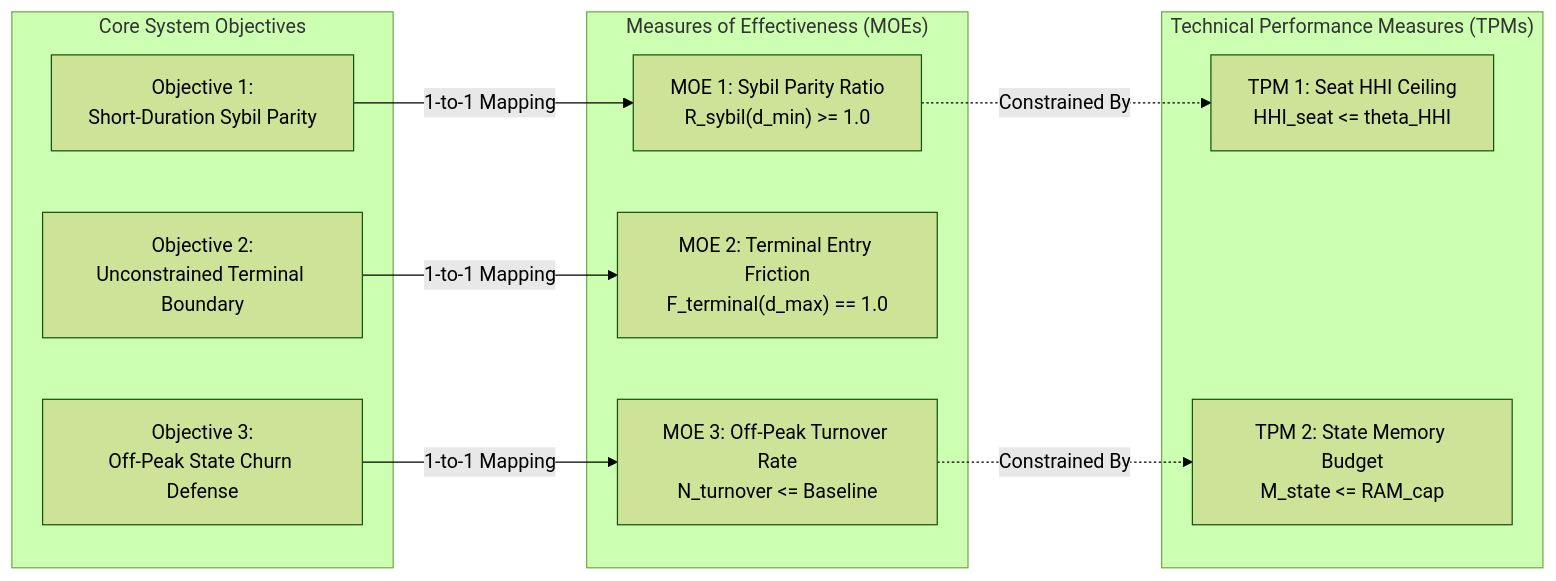
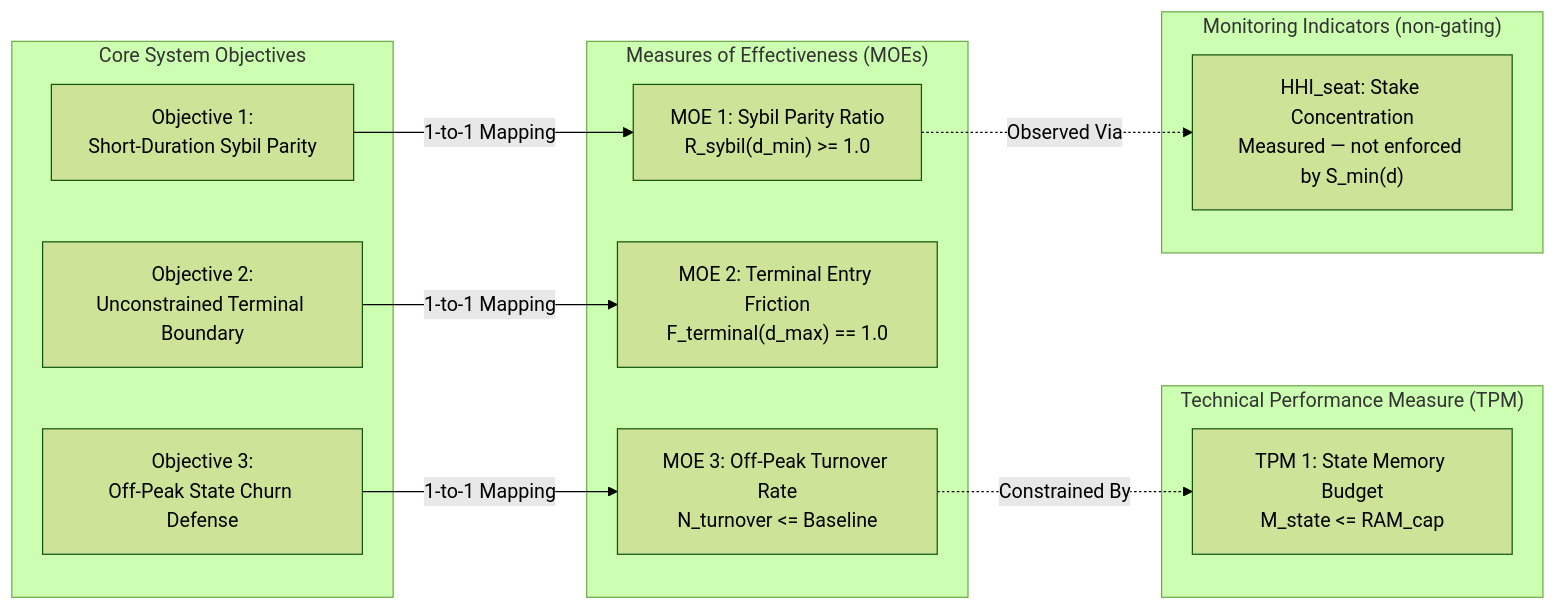
Before and after one commit to bonding-curves/avalanche-phase-ii-research: the diagram in docs/2026-09-29-systems-engineering-kpi-framework.md, drawn with Mermaid (forest theme). The commit also changed other lines of this file, not shown here.

First line of the commit message:
refactor(kpi): reclassify HHI from TPM-1 to non-gating monitoring indicator

````diff
--- a/docs/2026-09-29-systems-engineering-kpi-framework.md
+++ b/docs/2026-09-29-systems-engineering-kpi-framework.md
@@ -118,26 +118,29 @@
 ```mermaid
 flowchart LR
     subgraph Objectives["Core System Objectives"]
         Obj1["Objective 1:<br/>Short-Duration Sybil Parity"]
         Obj2["Objective 2:<br/>Unconstrained Terminal Boundary"]
         Obj3["Objective 3:<br/>Off-Peak State Churn Defense"]
     end
 
     subgraph MOEs["Measures of Effectiveness (MOEs)"]
         MOE1["MOE 1: Sybil Parity Ratio<br/>R_sybil(d_min) >= 1.0"]
         MOE2["MOE 2: Terminal Entry Friction<br/>F_terminal(d_max) == 1.0"]
         MOE3["MOE 3: Off-Peak Turnover Rate<br/>N_turnover <= Baseline"]
     end
 
-    subgraph TPMs["Technical Performance Measures (TPMs)"]
-        TPM1["TPM 1: Seat HHI Ceiling<br/>HHI_seat <= theta_HHI"]
-        TPM2["TPM 2: State Memory Budget<br/>M_state <= RAM_cap"]
+    subgraph TPMs["Technical Performance Measure (TPM)"]
+        TPM2["TPM 1: State Memory Budget<br/>M_state <= RAM_cap"]
+    end
+
+    subgraph Monitor["Monitoring Indicators (non-gating)"]
+        HHI["HHI_seat: Stake Concentration<br/>Measured — not enforced by S_min(d)"]
     end
 
     Obj1 -->|1-to-1 Mapping| MOE1
     Obj2 -->|1-to-1 Mapping| MOE2
     Obj3 -->|1-to-1 Mapping| MOE3
 
-    MOE1 -.->|Constrained By| TPM1
     MOE3 -.->|Constrained By| TPM2
+    MOE1 -.->|Observed Via| HHI
 ```
````
